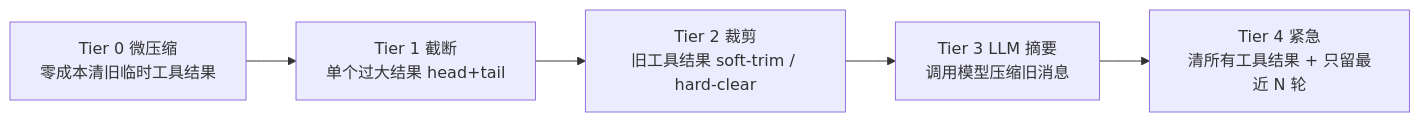
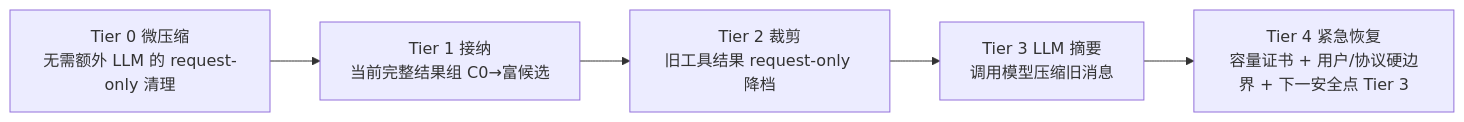
Before and after one commit to gabrielmoreira/agent-skills-mirror: the ninth of 9 diagrams in mirrors/repos/shiwenwen@hope-agent/docs/architecture/core/tool-system.md, drawn with Mermaid. The commit also changed other lines of this file and 1493 other files, not shown here.

````diff
--- a/mirrors/repos/shiwenwen@hope-agent/docs/architecture/core/tool-system.md
+++ b/mirrors/repos/shiwenwen@hope-agent/docs/architecture/core/tool-system.md
@@ -831,7 +820,7 @@
 ```mermaid
 flowchart LR
-    T0["Tier 0 微压缩<br/>零成本清旧临时工具结果"] --> T1["Tier 1 截断<br/>单个过大结果 head+tail"]
-    T1 --> T2["Tier 2 裁剪<br/>旧工具结果 soft-trim / hard-clear"]
+    T0["Tier 0 微压缩<br/>无需额外 LLM 的 request-only 清理"] --> T1["Tier 1 接纳<br/>当前完整结果组 C0→富候选"]
+    T1 --> T2["Tier 2 裁剪<br/>旧工具结果 request-only 降档"]
     T2 --> T3["Tier 3 LLM 摘要<br/>调用模型压缩旧消息"]
-    T3 --> T4["Tier 4 紧急<br/>清所有工具结果 + 只留最近 N 轮"]
+    T3 --> T4["Tier 4 紧急恢复<br/>容量证书 + 用户/协议硬边界 + 下一安全点 Tier 3"]
 ```
````
